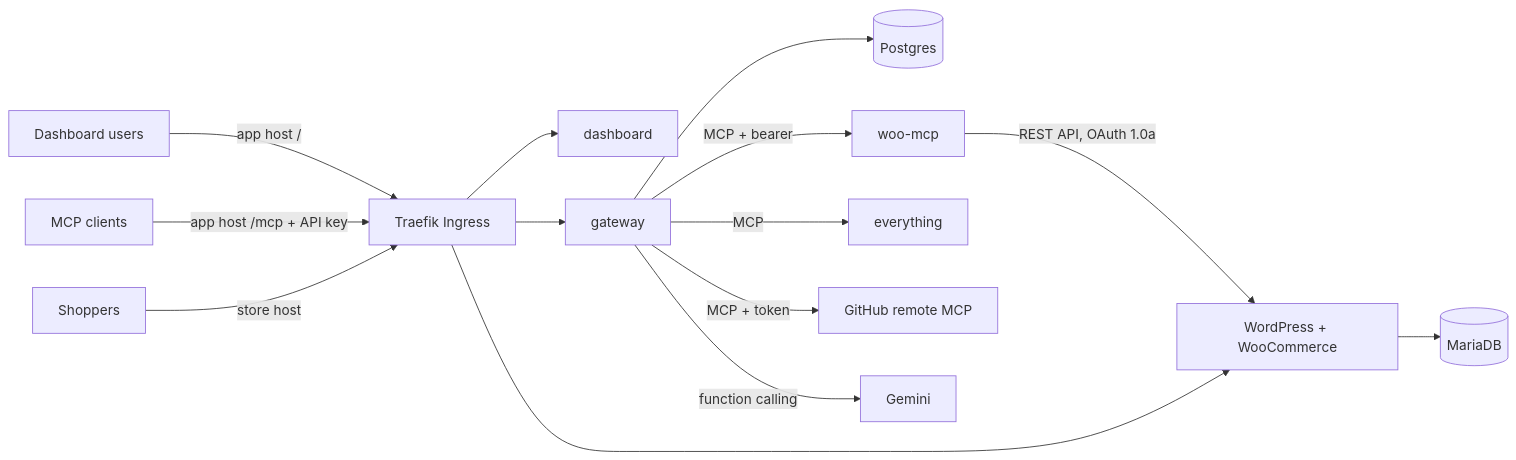
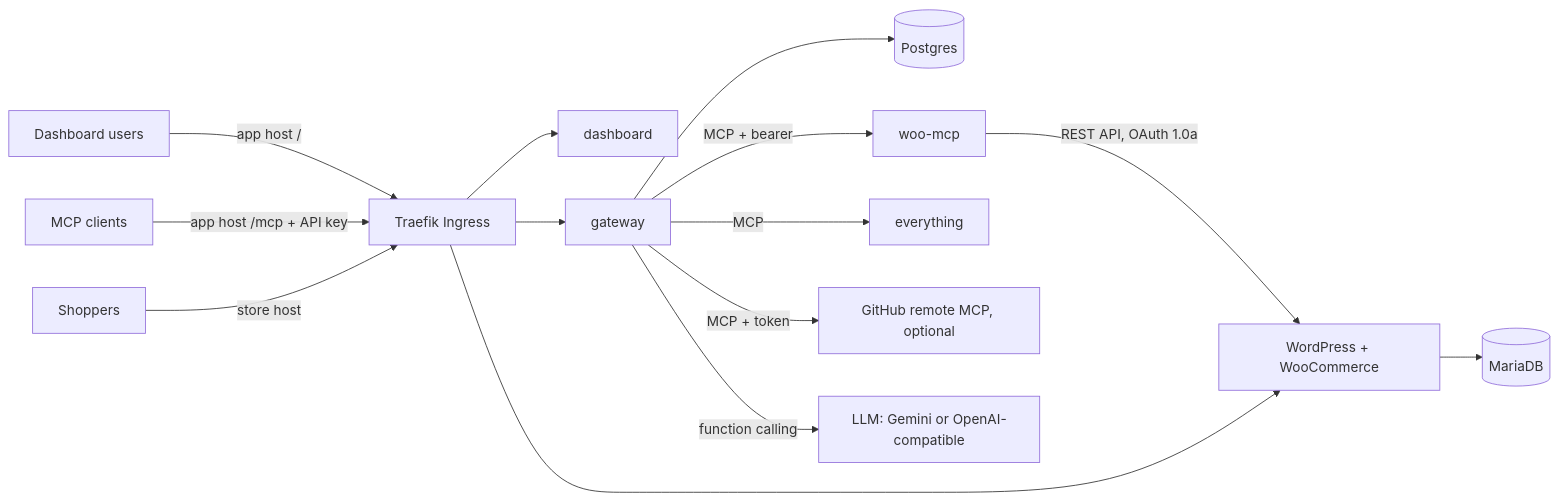
One commit to BishalJena/imuru changed the diagram in README.md. Above: the diagram before and after it, drawn with Mermaid. The commit also changed other lines of this file and 2 other files, not shown here.

````diff
--- a/README.md
+++ b/README.md
@@ -9,15 +9,15 @@
 ```mermaid
 flowchart LR
   B[Dashboard users] -->|app host /| T[Traefik Ingress]
   C[MCP clients] -->|app host /mcp + API key| T
   S[Shoppers] -->|store host| T
   T --> D[dashboard]
   T --> G[gateway]
   T --> W[WordPress + WooCommerce]
   G --> P[(Postgres)]
   G -->|MCP + bearer| WM[woo-mcp]
   G -->|MCP| E[everything]
-  G -->|MCP + token| GH[GitHub remote MCP]
-  G -->|function calling| L[Gemini]
+  G -->|MCP + token| GH[GitHub remote MCP, optional]
+  G -->|function calling| L[LLM: Gemini or OpenAI-compatible]
   WM -->|REST API, OAuth 1.0a| W --> M[(MariaDB)]
 ```
````
